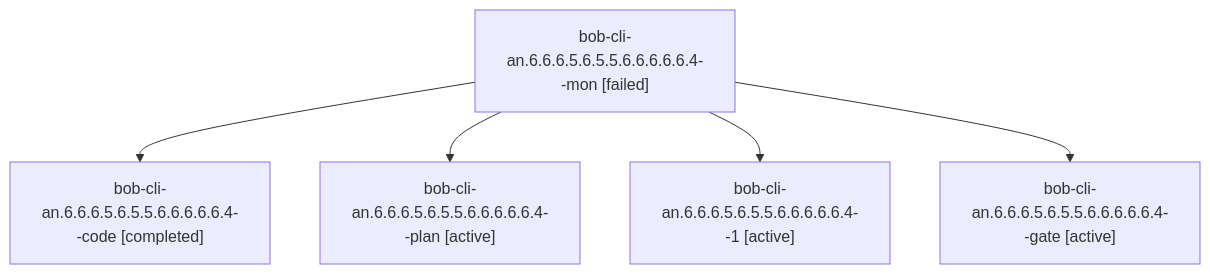
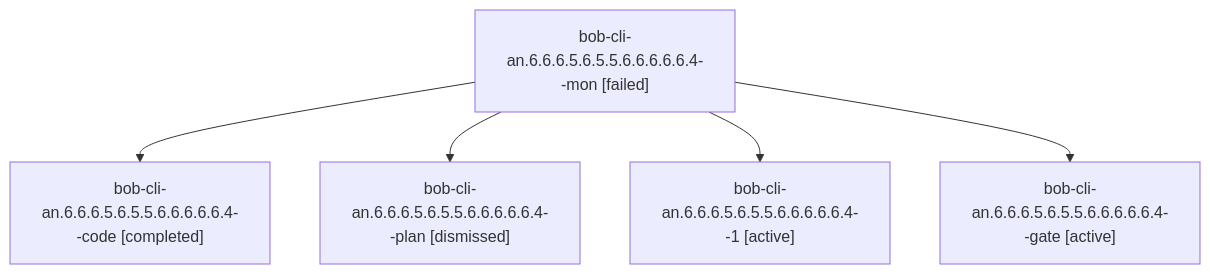
One commit to bobs-org/bob-cli--agents changed the diagram in sessions/bbugyi200.athena.bob-cli-an.6.6.6.5.6.5.5.6.6.6.6.6.4.md. Above: the diagram before and after it, drawn with Mermaid. The commit also changed other lines of this file and 551 other files, not shown here.

````diff
--- a/sessions/bbugyi200.athena.bob-cli-an.6.6.6.5.6.5.5.6.6.6.6.6.4.md
+++ b/sessions/bbugyi200.athena.bob-cli-an.6.6.6.5.6.5.5.6.6.6.6.6.4.md
@@ -9,12 +9,12 @@
 ```mermaid
 flowchart TD
   n0["bob-cli-an.6.6.6.5.6.5.5.6.6.6.6.6.4--mon [failed]"]
   n1["bob-cli-an.6.6.6.5.6.5.5.6.6.6.6.6.4--code [completed]"]
   n0 --> n1
-  n2["bob-cli-an.6.6.6.5.6.5.5.6.6.6.6.6.4--plan [active]"]
+  n2["bob-cli-an.6.6.6.5.6.5.5.6.6.6.6.6.4--plan [dismissed]"]
   n0 --> n2
   n3["bob-cli-an.6.6.6.5.6.5.5.6.6.6.6.6.4--1 [active]"]
   n0 --> n3
   n4["bob-cli-an.6.6.6.5.6.5.5.6.6.6.6.6.4--gate [active]"]
   n0 --> n4
 ```
````
